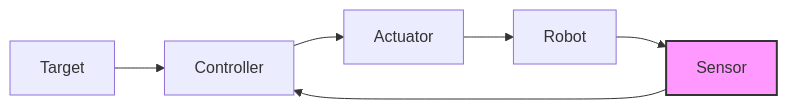
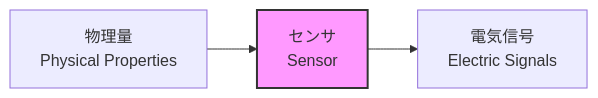
Before and after one commit to fit-ime-cao/keisoku-kogaku: the second of 4 diagrams in docs/weeks/week-01.md, drawn with Mermaid. The commit also changed other lines of this file and 2 other files, not shown here.

````diff
--- a/docs/weeks/week-01.md
+++ b/docs/weeks/week-01.md
@@ -138,9 +234,7 @@
 ```mermaid
 graph LR
-    A[Target] --> B[Controller]
-    B --> C[Actuator]
-    C --> D[Robot]
-    D --> E[Sensor]
-    E --> B
-    style E fill:#f9f,stroke:#333,stroke-width:2px
+    A[物理量<br>Physical Properties] --> B[センサ<br>Sensor]
+    B --> C[電気信号<br>Electric Signals]
+    
+    style B fill:#f9f,stroke:#333,stroke-width:2px
 ```
````
